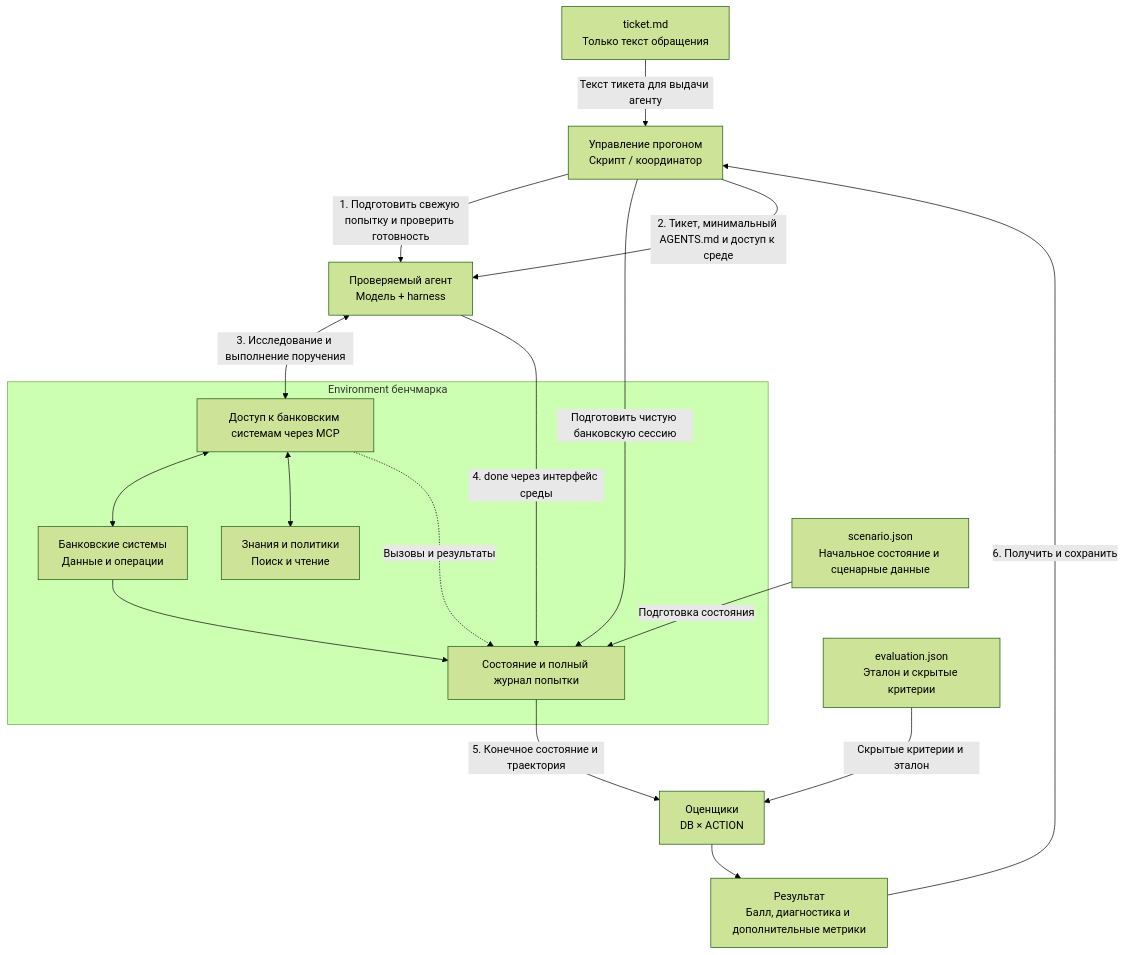
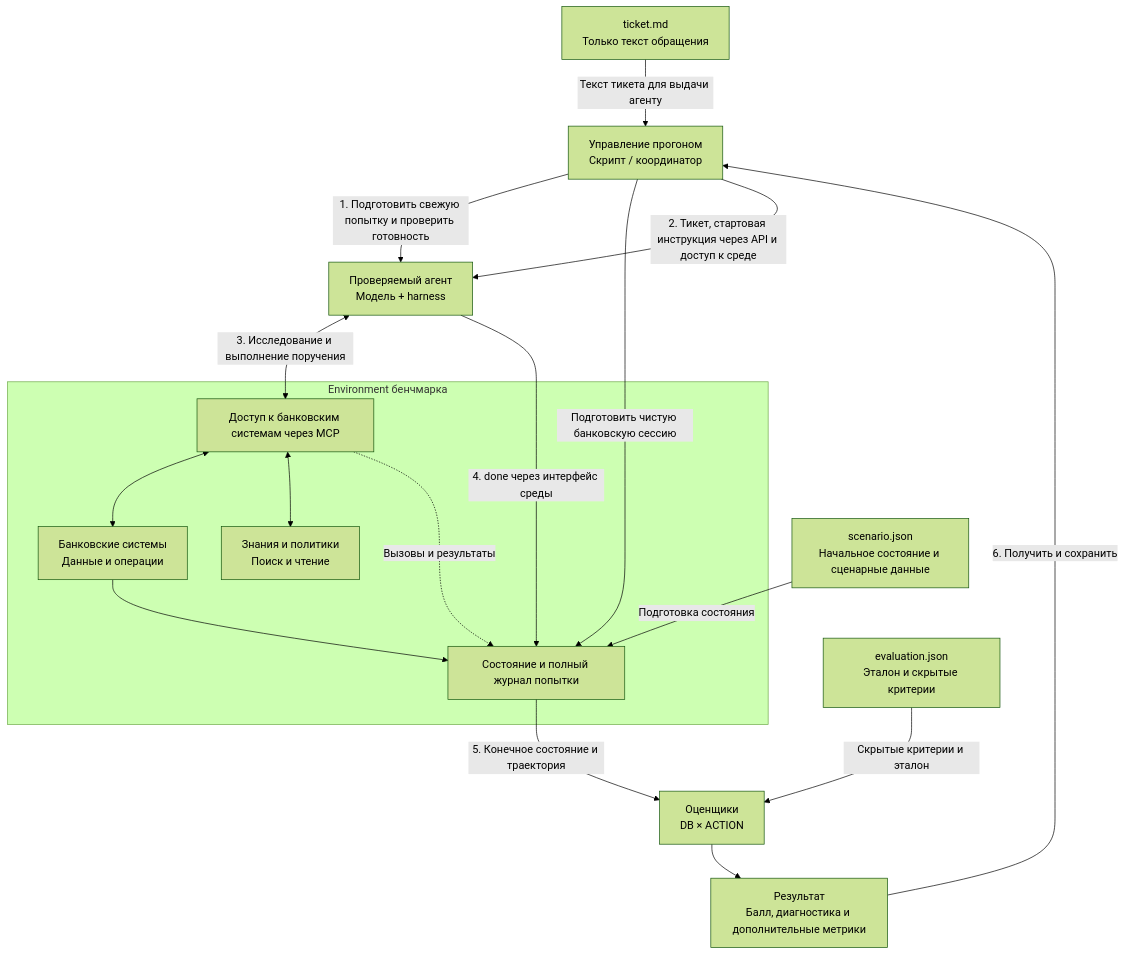
Before and after one commit to SpirinEgor/agent-evaluation: the diagram in docs/banking-ru/architecture.md, drawn with Mermaid (forest theme). The commit also changed other lines of this file and 10 other files, not shown here.

````diff
--- a/docs/banking-ru/architecture.md
+++ b/docs/banking-ru/architecture.md
@@ -62,31 +99,31 @@
 ```mermaid
 flowchart TB
     RUN["Управление прогоном<br/>Скрипт / координатор"]
     TICKET["ticket.md<br/>Только текст обращения"]
     SCENARIO["scenario.json<br/>Начальное состояние и сценарные данные"]
     CONTRACT["evaluation.json<br/>Эталон и скрытые критерии"]
     AGENT["Проверяемый агент<br/>Модель + harness"]
     subgraph BENCH["Environment бенчмарка"]
         MCP["Доступ к банковским системам через MCP"]
         SYSTEMS["Банковские системы<br/>Данные и операции"]
         KNOWLEDGE["Знания и политики<br/>Поиск и чтение"]
         STATE["Состояние и полный журнал попытки"]
         MCP <--> SYSTEMS
         MCP <--> KNOWLEDGE
         SYSTEMS --> STATE
         MCP -.->|"Вызовы и результаты"| STATE
     end
     EVAL["Оценщики<br/>DB × ACTION"]
     RESULT["Результат<br/>Балл, диагностика и дополнительные метрики"]
     RUN -->|"1. Подготовить свежую попытку и проверить готовность"| AGENT
     RUN -->|"Подготовить чистую банковскую сессию"| STATE
     SCENARIO -->|"Подготовка состояния"| STATE
     TICKET -->|"Текст тикета для выдачи агенту"| RUN
-    RUN -->|"2. Тикет, минимальный AGENTS.md и доступ к среде"| AGENT
+    RUN -->|"2. Тикет, стартовая инструкция через API и доступ к среде"| AGENT
     AGENT <-->|"3. Исследование и выполнение поручения"| MCP
     AGENT -->|"4. done через интерфейс среды"| STATE
     STATE -->|"5. Конечное состояние и траектория"| EVAL
     CONTRACT -->|"Скрытые критерии и эталон"| EVAL
     EVAL --> RESULT
     RESULT -->|"6. Получить и сохранить"| RUN
 ```
````
